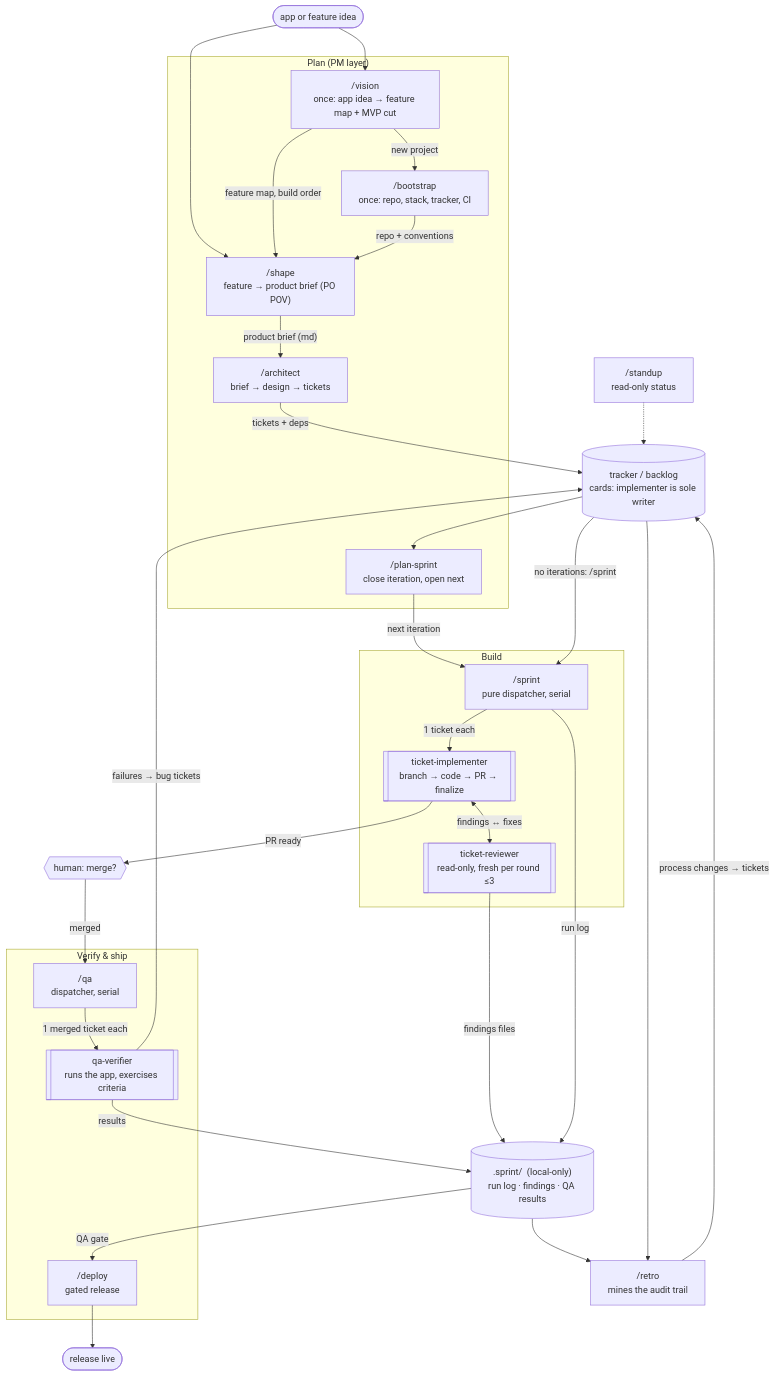
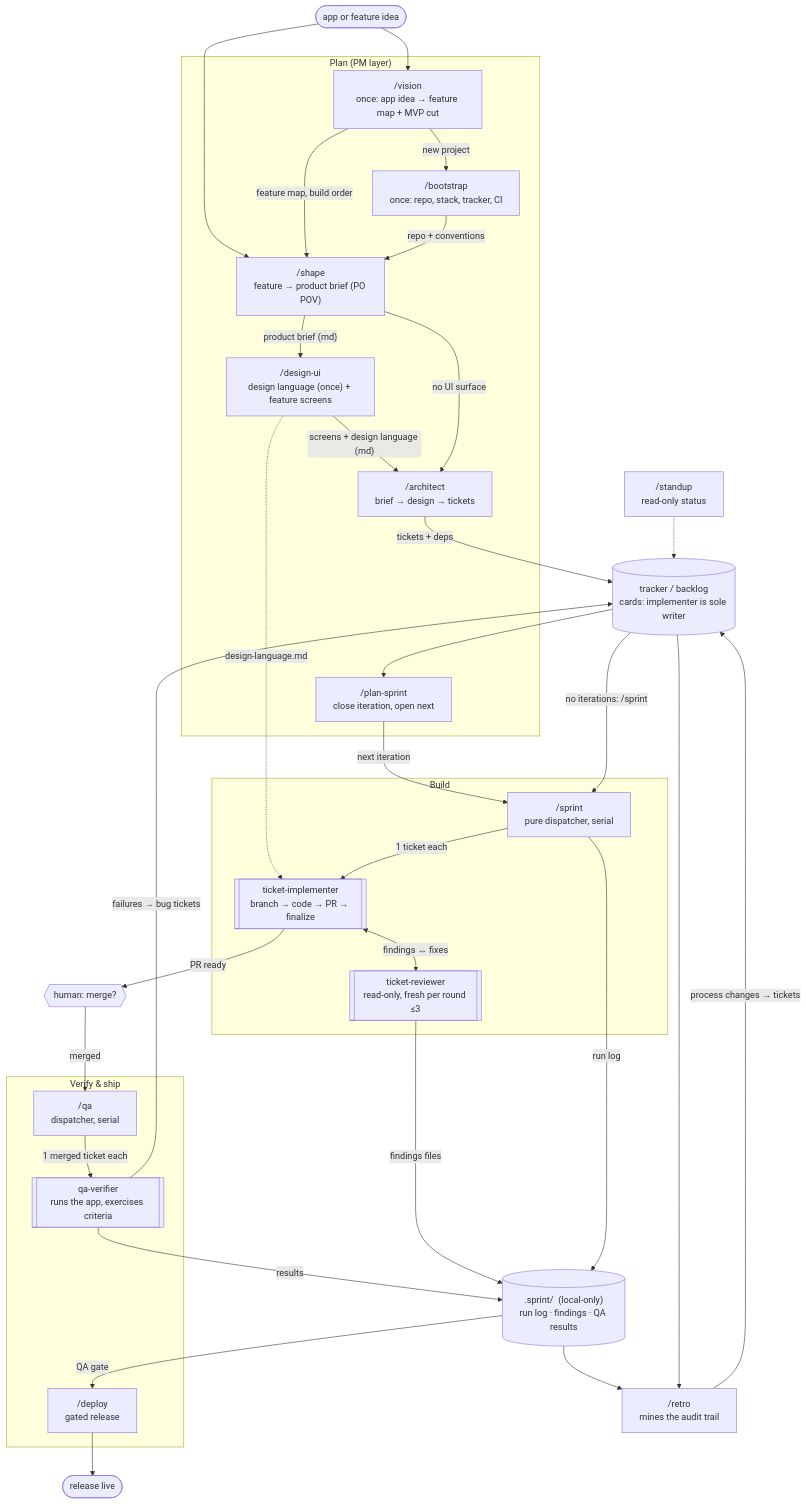
One commit to kyimoemin/skills changed the diagram in README.md. Above: the diagram before and after it, drawn with Mermaid. The commit also changed other lines of this file and 3 other files, not shown here.

First line of the commit message:
Add /design-ui: UI design stage between shape and architect

````diff
--- a/README.md
+++ b/README.md
@@ -14,54 +15,58 @@
 ```mermaid
 flowchart TB
     subgraph pm ["Plan (PM layer)"]
         vision["/vision\nonce: app idea → feature map + MVP cut"]
         shape["/shape\nfeature → product brief (PO POV)"]
+        designui["/design-ui\ndesign language (once) + feature screens"]
         bootstrap["/bootstrap\nonce: repo, stack, tracker, CI"]
         architect["/architect\nbrief → design → tickets"]
         plansprint["/plan-sprint\nclose iteration, open next"]
     end
 
     subgraph build ["Build"]
         sprint["/sprint\npure dispatcher, serial"]
         impl[["ticket-implementer\nbranch → code → PR → finalize"]]
         reviewer[["ticket-reviewer\nread-only, fresh per round ≤3"]]
     end
 
     subgraph ship ["Verify & ship"]
         qa["/qa\ndispatcher, serial"]
         qav[["qa-verifier\nruns the app, exercises criteria"]]
         deploy["/deploy\ngated release"]
     end
 
     retro["/retro\nmines the audit trail"]
     standup["/standup\nread-only status"]
 
     tracker[("tracker / backlog\ncards: implementer is sole writer")]
     dotsprint[(".sprint/  (local-only)\nrun log · findings · QA results")]
 
     idea([app or feature idea]) --> vision
     idea --> shape
     vision -- "feature map, build order" --> shape
     vision -- "new project" --> bootstrap
     bootstrap -- "repo + conventions" --> shape
-    shape -- "product brief (md)" --> architect
+    shape -- "product brief (md)" --> designui
+    designui -- "screens + design language (md)" --> architect
+    shape -- "no UI surface" --> architect
+    designui -. "design-language.md" .-> impl
     architect -- "tickets + deps" --> tracker
     tracker --> plansprint
     plansprint -- "next iteration" --> sprint
     tracker -- "no iterations: /sprint <ids>" --> sprint
     sprint -- "1 ticket each" --> impl
     impl <-- "findings ↔ fixes" --> reviewer
     reviewer -- "findings files" --> dotsprint
     sprint -- "run log" --> dotsprint
     impl -- "PR ready" --> merge{{"human: merge?"}}
     merge -- "merged" --> qa
     qa -- "1 merged ticket each" --> qav
     qav -- "results" --> dotsprint
     qav -- "failures → bug tickets" --> tracker
     dotsprint -- "QA gate" --> deploy
     deploy --> live([release live])
     dotsprint --> retro
     tracker --> retro
     retro -- "process changes → tickets" --> tracker
     standup -.-> tracker
 ```
````
